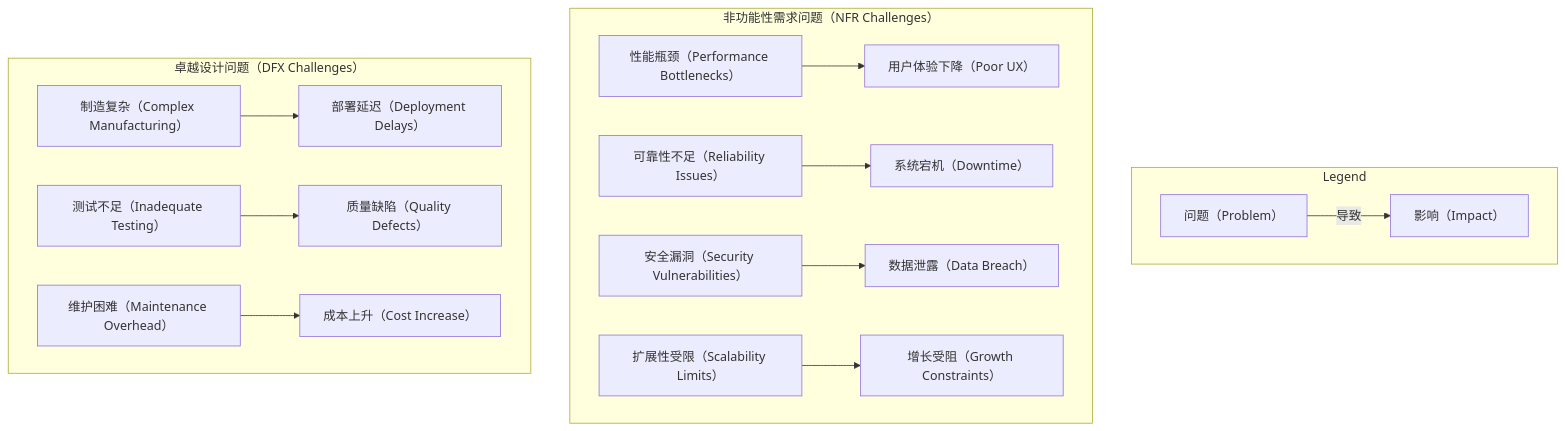
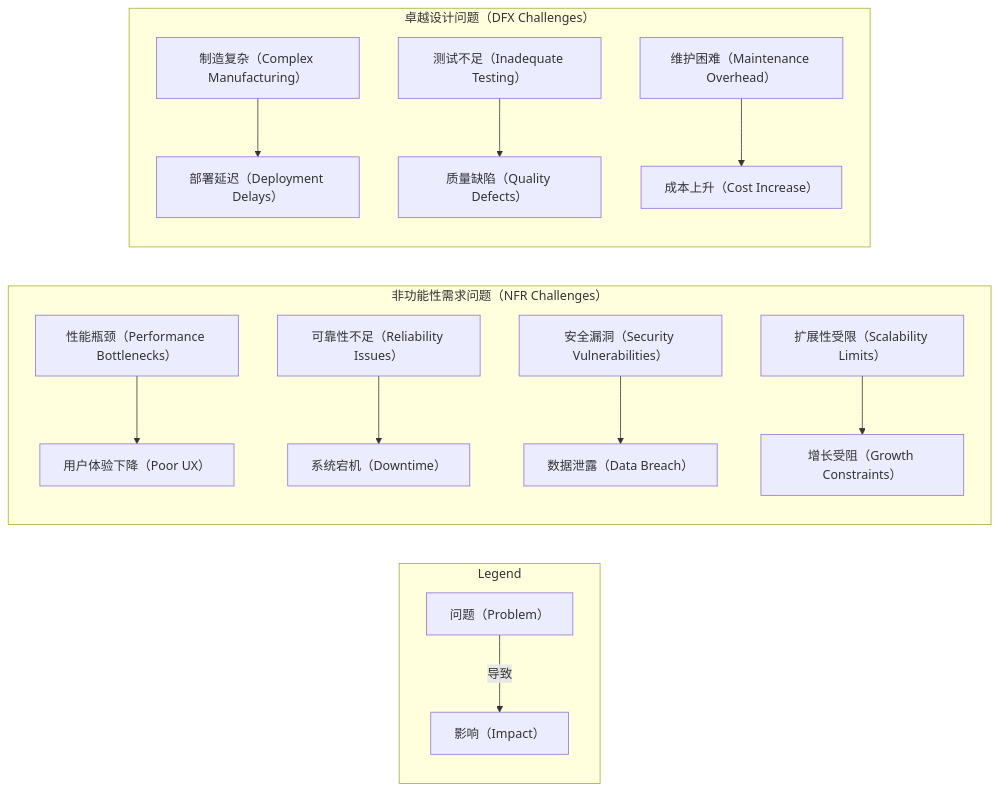
Before and after one commit to turtacn/NFR-DFX-Quality-Toolkit: the first of 2 diagrams in docs/architecture.md, drawn with Mermaid. The commit also changed other lines of this file, not shown here.

Commit message:
basic concept branch c1 init

`````diff
--- a/docs/architecture.md
+++ b/docs/architecture.md
@@ -19,20 +19,20 @@
 ```mermaid
-graph TD
+graph LR
     %% 图例
     subgraph 图例[Legend]
         P[问题（Problem）] -->|导致| I[影响（Impact）]
     end
     
     subgraph NFR[非功能性需求问题（NFR Challenges）]
         P1[性能瓶颈（Performance Bottlenecks）] --> I1[用户体验下降（Poor UX）]
         P2[可靠性不足（Reliability Issues）] --> I2[系统宕机（Downtime）]
         P3[安全漏洞（Security Vulnerabilities）] --> I3[数据泄露（Data Breach）]
         P4[扩展性受限（Scalability Limits）] --> I4[增长受阻（Growth Constraints）]
     end
     
     subgraph DFX[卓越设计问题（DFX Challenges）]
         P5[制造复杂（Complex Manufacturing）] --> I5[部署延迟（Deployment Delays）]
         P6[测试不足（Inadequate Testing）] --> I6[质量缺陷（Quality Defects）]
         P7[维护困难（Maintenance Overhead）] --> I7[成本上升（Cost Increase）]
     end
 ````
`````
